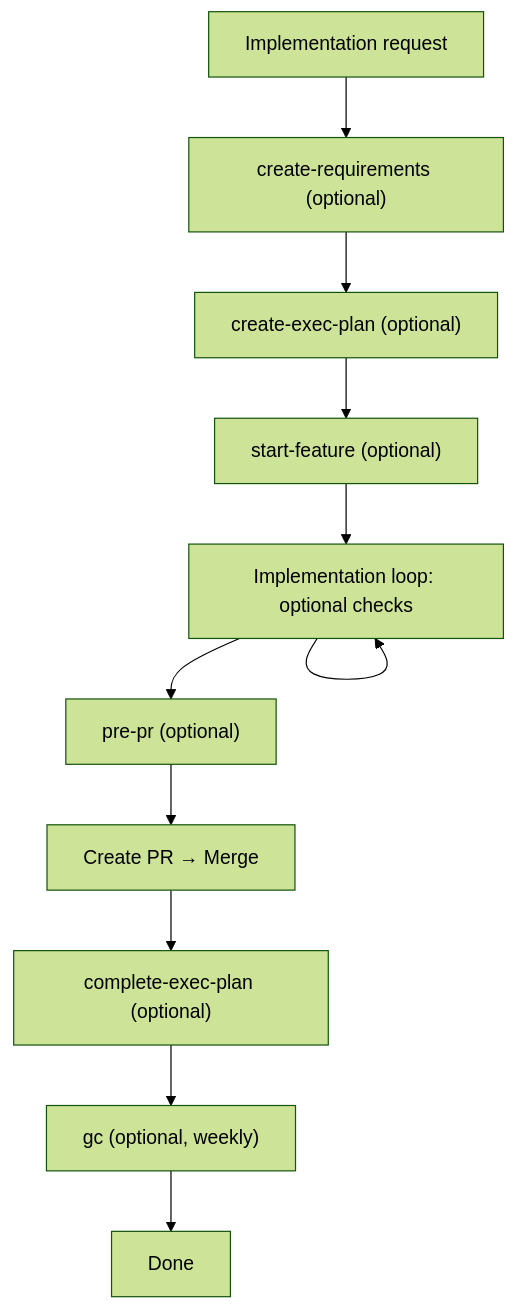
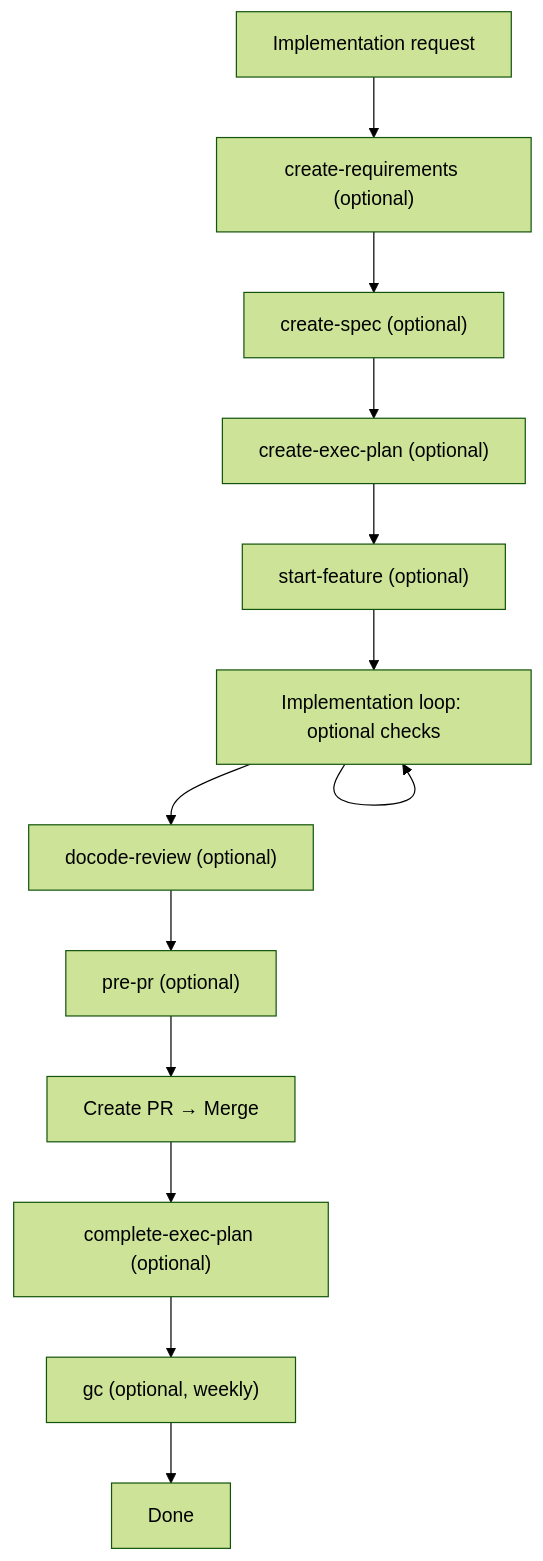
The second of 2 diagrams in SKILL_FLOW.md (aki-senri/DocDDTemplate), drawn with Mermaid (forest theme) before and after one commit. The commit also changed other lines of this file, not shown here.

First line of the commit message:
docs: SKILL_FLOW の2つの抜けを補完（create-spec の §4 反映漏れ・docode-review 欠落）

````diff
--- a/SKILL_FLOW.md
+++ b/SKILL_FLOW.md
@@ -185,15 +190,17 @@
 ```mermaid
 flowchart TD
   A[Implementation request] --> R["create-requirements (optional)"]
-  R --> B["create-exec-plan (optional)"]
+  R --> S["create-spec (optional)"]
+  S --> B["create-exec-plan (optional)"]
   B --> C["start-feature (optional)"]
 
   C --> L[Implementation loop: optional checks]
   L --> L
 
-  L --> P["pre-pr (optional)"]
+  L --> DCR["docode-review (optional)"]
+  DCR --> P["pre-pr (optional)"]
   P --> M[Create PR → Merge]
   M --> Q["complete-exec-plan (optional)"]
   Q --> G["gc (optional, weekly)"]
   G --> Z[Done]
 ```
````
